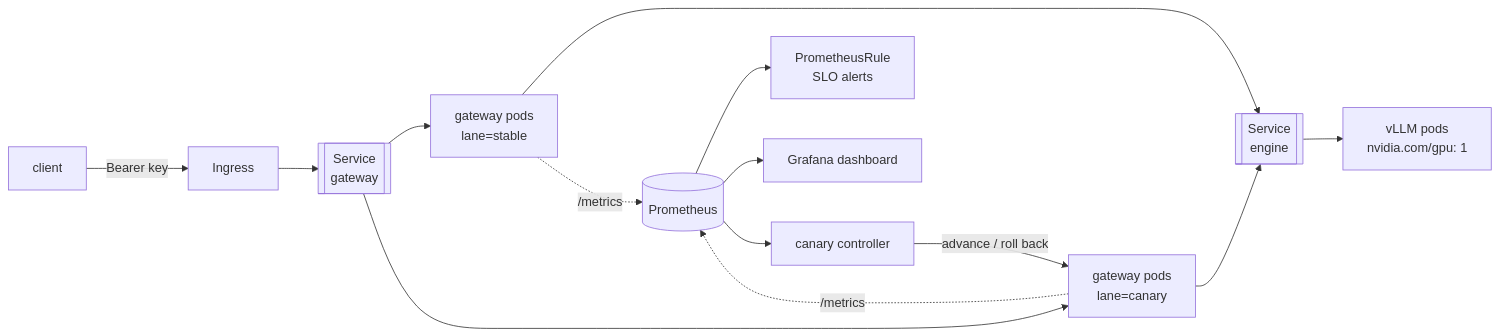
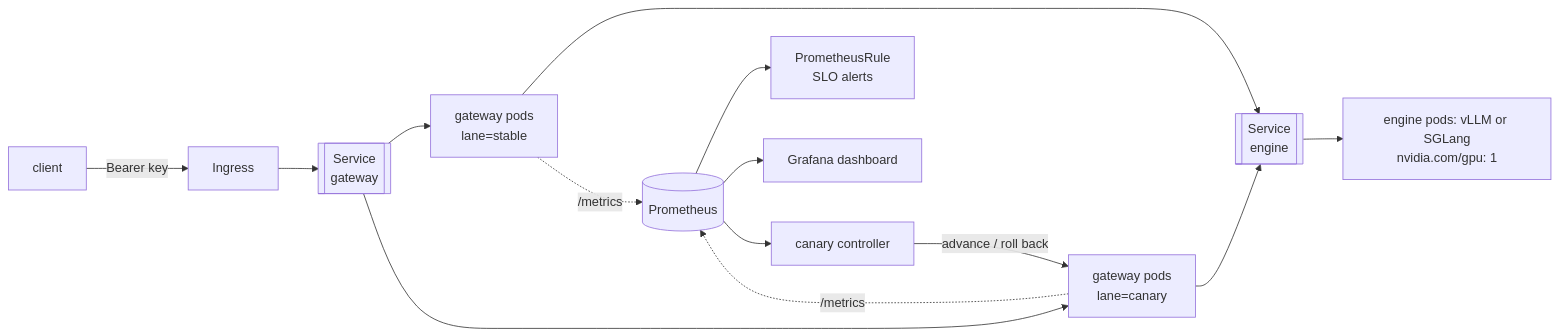
The first of 2 diagrams in docs/kubernetes.md (sripadha/turboserve), drawn with Mermaid before and after one commit. The commit also changed other lines of this file and 38 other files, not shown here.

````diff
--- a/docs/kubernetes.md
+++ b/docs/kubernetes.md
@@ -12,16 +12,16 @@
 ```mermaid
 flowchart LR
   client[client] -->|Bearer key| ing[Ingress]
   ing --> gsvc[["Service<br/>gateway"]]
   gsvc --> gstable[gateway pods<br/>lane=stable]
   gsvc --> gcanary[gateway pods<br/>lane=canary]
   gstable --> esvc[["Service<br/>engine"]]
   gcanary --> esvc
-  esvc --> vllm[vLLM pods<br/>nvidia.com/gpu: 1]
+  esvc --> vllm["engine pods: vLLM or SGLang<br/>nvidia.com/gpu: 1"]
   gstable -. /metrics .-> prom[(Prometheus)]
   gcanary -. /metrics .-> prom
   prom --> rules[PrometheusRule<br/>SLO alerts]
   prom --> graf[Grafana dashboard]
   prom --> ctrl[canary controller]
   ctrl -->|advance / roll back| gcanary
 ```
````
